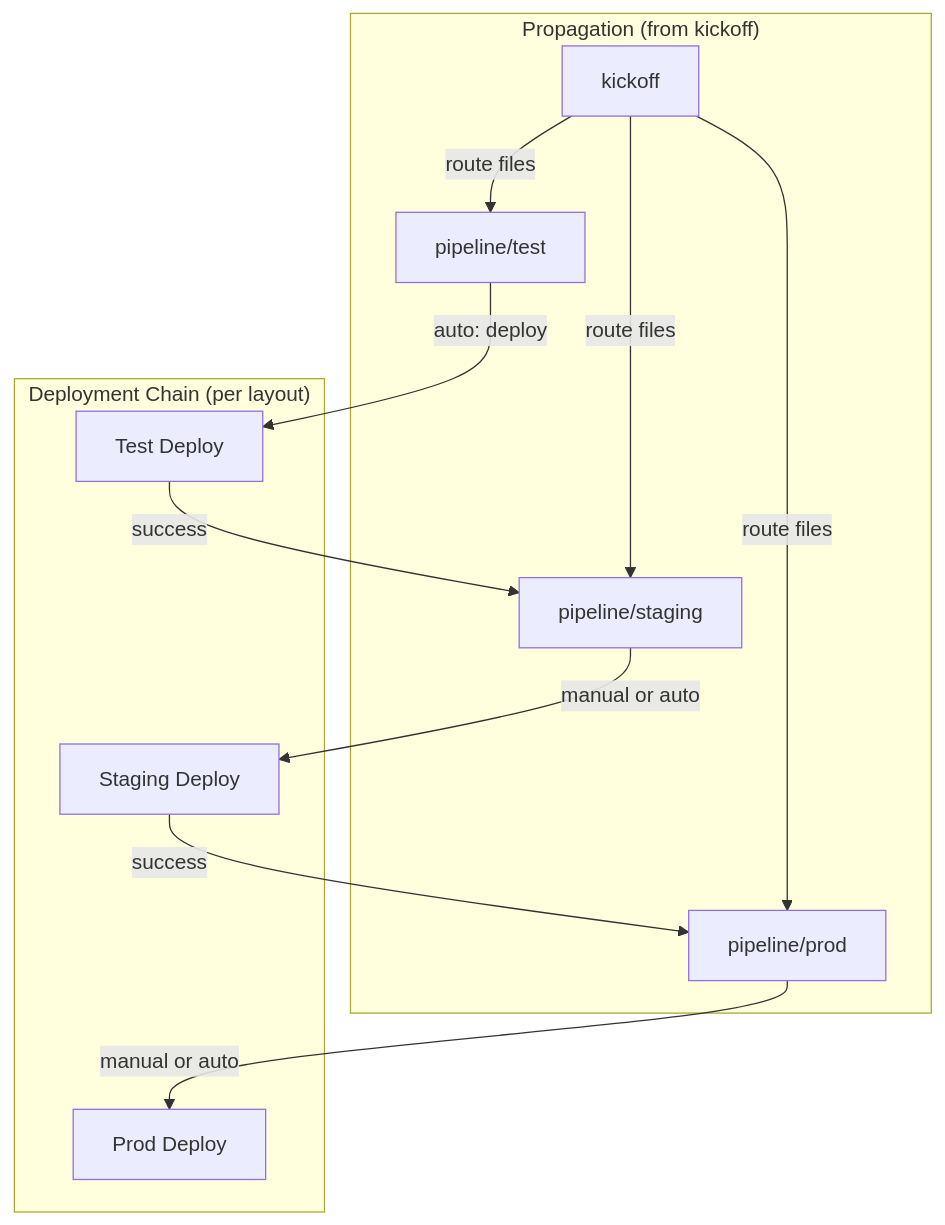
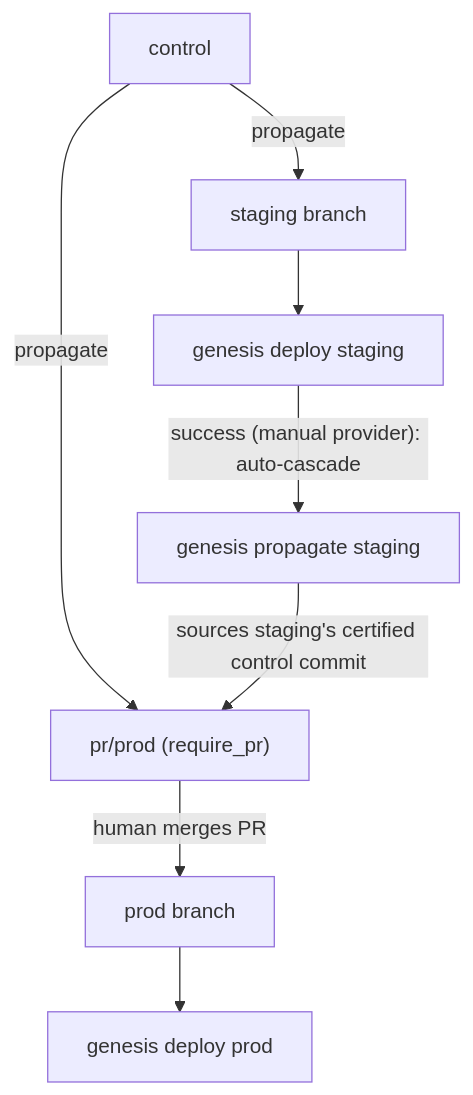
Before and after one commit to RubidiumStudios/genesis: the third of 3 diagrams in workplans/Branch-based-Workflow-Architecture.md, drawn with Mermaid. The commit also changed other lines of this file, not shown here.

First line of the commit message:
Bring the branch workflow doc up to the code

````diff
--- a/workplans/Branch-based-Workflow-Architecture.md
+++ b/workplans/Branch-based-Workflow-Architecture.md
@@ -350,16 +488,10 @@
 ```mermaid
 flowchart TD
-    subgraph "Propagation (from kickoff)"
-        K[kickoff] -->|route files| T[pipeline/test]
-        K -->|route files| S[pipeline/staging]
-        K -->|route files| P[pipeline/prod]
-    end
-
-    subgraph "Deployment Chain (per layout)"
-        T -->|"auto: deploy"| TD[Test Deploy]
-        TD -->|success| S
-        S -->|"manual or auto"| SD[Staging Deploy]
-        SD -->|success| P
-        P -->|"manual or auto"| PD[Prod Deploy]
-    end
+    C[control] -->|propagate| S["staging branch"]
+    C -->|propagate| PR["pr/prod (require_pr)"]
+    PR -->|human merges PR| P["prod branch"]
+    S --> SD["genesis deploy staging"]
+    SD -->|"success (manual provider): auto-cascade"| CAS["genesis propagate staging"]
+    CAS -->|"sources staging's certified control commit"| PR
+    P --> PD["genesis deploy prod"]
 ```
````
